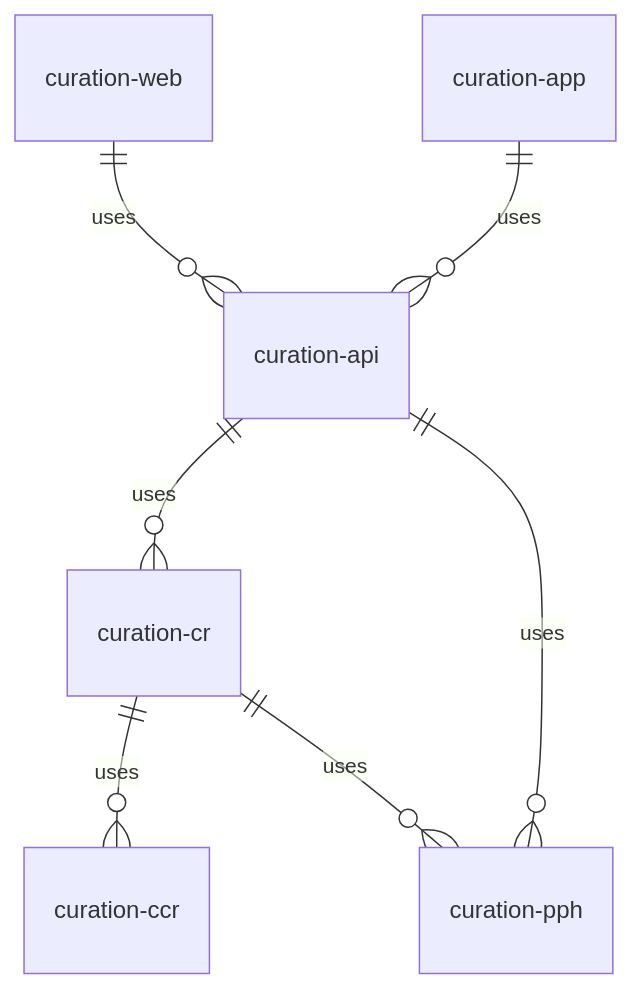
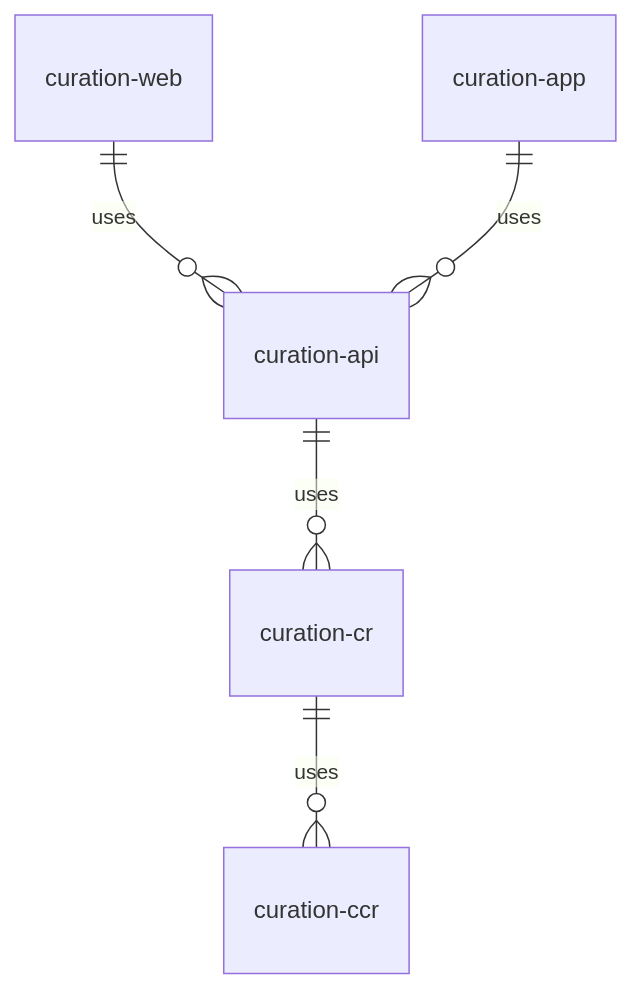
The diagram in README.md (clarin-eric/curation-dashboard), drawn with Mermaid before and after one commit. The commit also changed other lines of this file, not shown here.

````diff
--- a/README.md
+++ b/README.md
@@ -13,9 +13,7 @@
 ```mermaid
 erDiagram
     curation-web ||--o{ curation-api:uses
     curation-app ||--o{ curation-api:uses
     curation-api ||--o{ curation-cr:uses
-    curation-api ||--o{ curation-pph:uses
     curation-cr ||--o{ curation-ccr:uses
-    curation-cr ||--o{ curation-pph:uses
 ```
````
